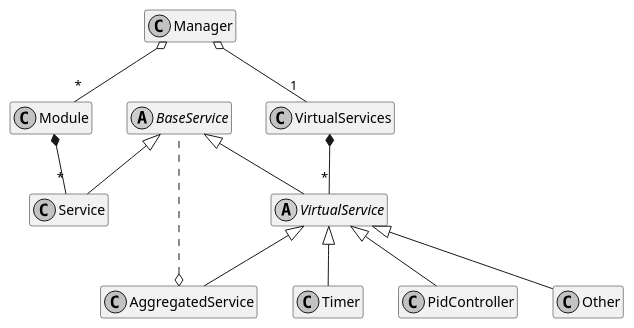
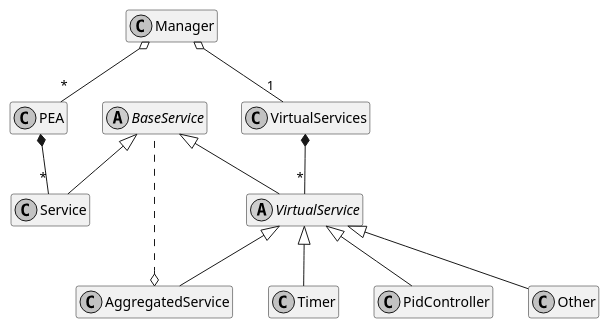
Before and after one commit to p2o-lab/polaris-backend: the diagram in doc/virtualService/virtualservice.puml, drawn with PlantUML. The commit also changed 43 other files, not shown here.

Commit message:
renamed Module to PEA

```diff
--- a/doc/virtualService/virtualservice.puml
+++ b/doc/virtualService/virtualservice.puml
@@ -1,42 +1,42 @@
 @startuml
 skinparam monochrome true
 hide methods
 hide attributes
 
 abstract class BaseService
 
 class Service
 
 abstract class VirtualService
 
 class AggregatedService
 
 class Timer
 
 class PidController
 
 class Other
 
 
 
 BaseService <|-- Service
 BaseService <|-- VirtualService
 
 VirtualService <|-- AggregatedService
 VirtualService <|-- Timer
 VirtualService <|-- PidController
 VirtualService <|-- Other
 
 class VirtualServices
 
 class Manager
-class Module
+class PEA
 
-Module *-- "*" Service
-Manager o-- "*" Module
+PEA *-- "*" Service
+Manager o-- "*" PEA
 Manager o-- "1" VirtualServices
 VirtualServices *-- "*" VirtualService
 
 AggregatedService o.. BaseService
 
 @enduml
```
